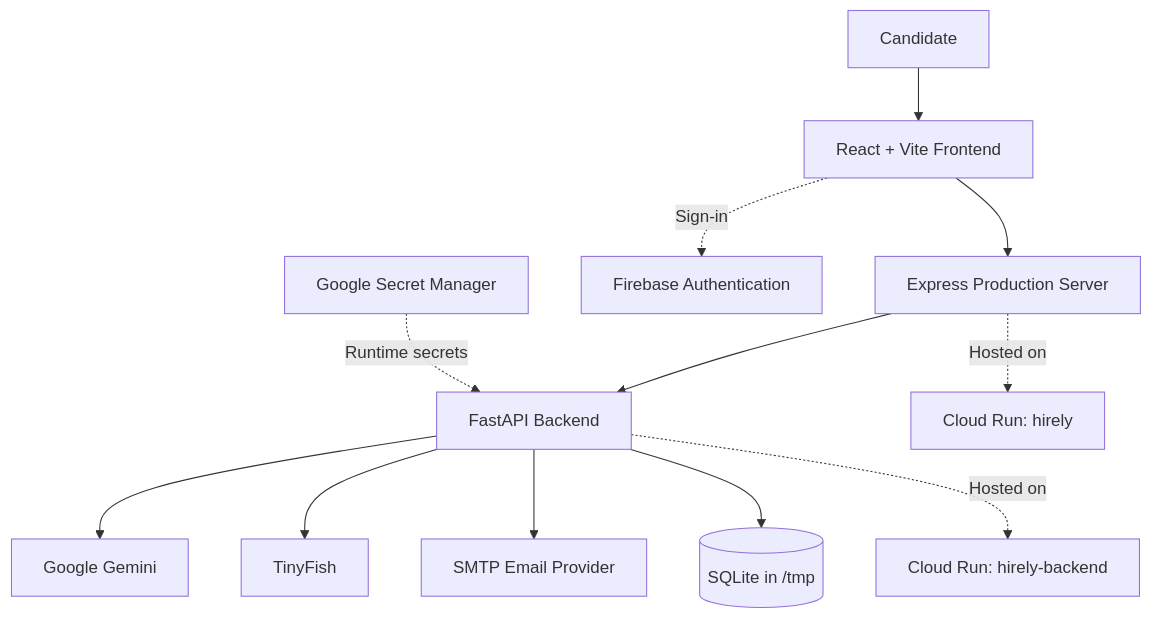
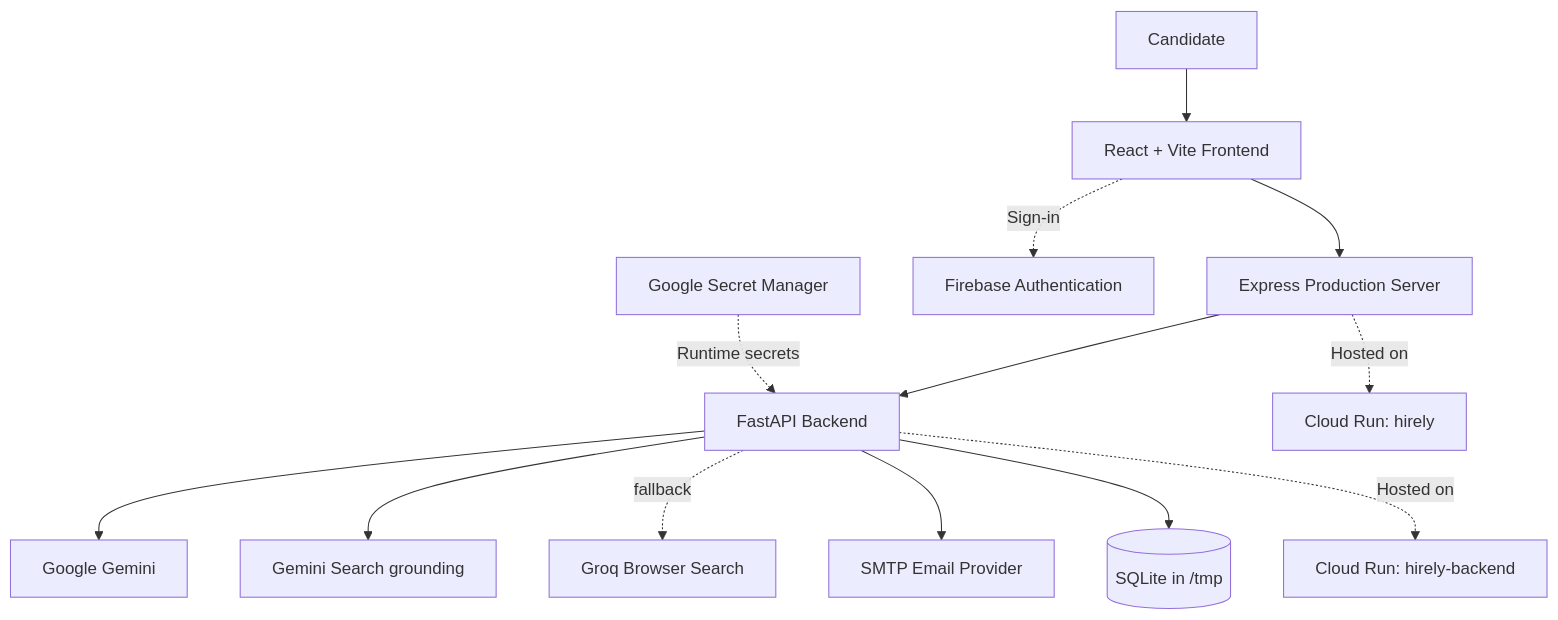
One commit to aryanbhardwaj03/Hirely changed the diagram in README.md. Above: the diagram before and after it, drawn with Mermaid. The commit also changed other lines of this file and 45 other files, not shown here.

Commit message:
Replace TinyFish with Gemini and Groq search

````diff
--- a/README.md
+++ b/README.md
@@ -90,14 +81,15 @@
 ```mermaid
 flowchart TD
     U[Candidate] --> FE[React + Vite Frontend]
     FE --> ES[Express Production Server]
     ES --> API[FastAPI Backend]
     FE -. Sign-in .-> FB[Firebase Authentication]
     API --> GEM[Google Gemini]
-    API --> TF[TinyFish]
+    API --> GEMSEARCH[Gemini Search grounding]
+    API -. fallback .-> GROQ[Groq Browser Search]
     API --> SMTP[SMTP Email Provider]
     API --> DB[(SQLite in /tmp)]
     ES -. Hosted on .-> CRF[Cloud Run: hirely]
     API -. Hosted on .-> CRB[Cloud Run: hirely-backend]
     SM[Google Secret Manager] -. Runtime secrets .-> API
 ```
````
